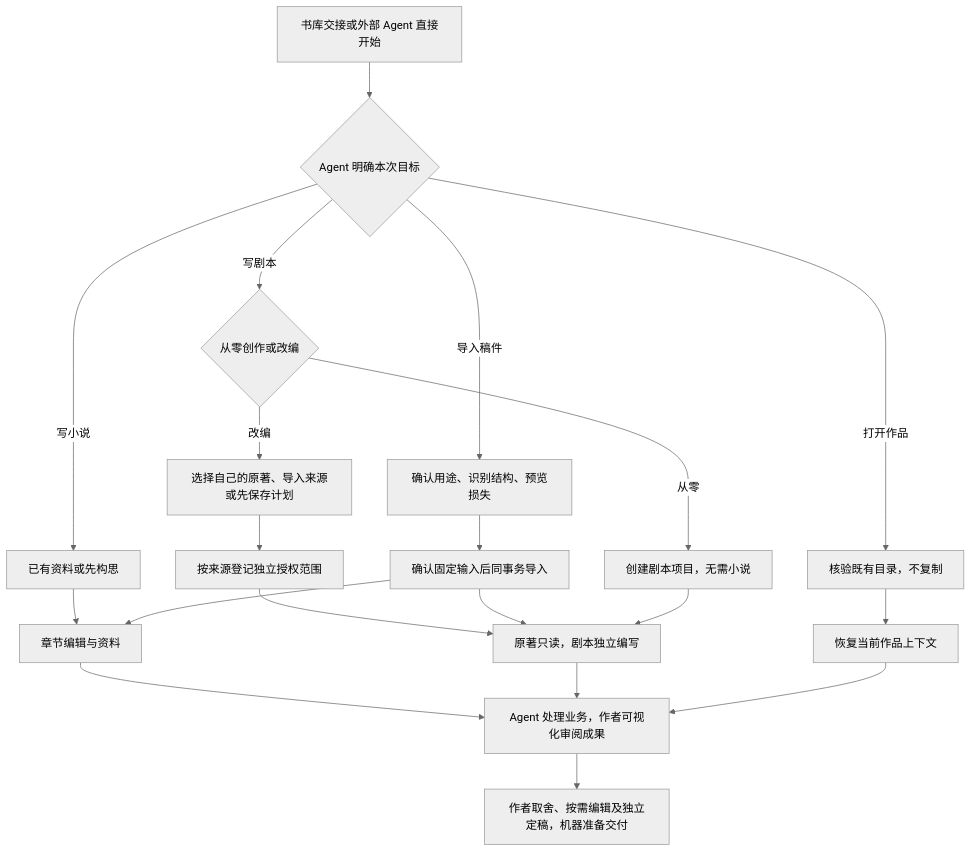
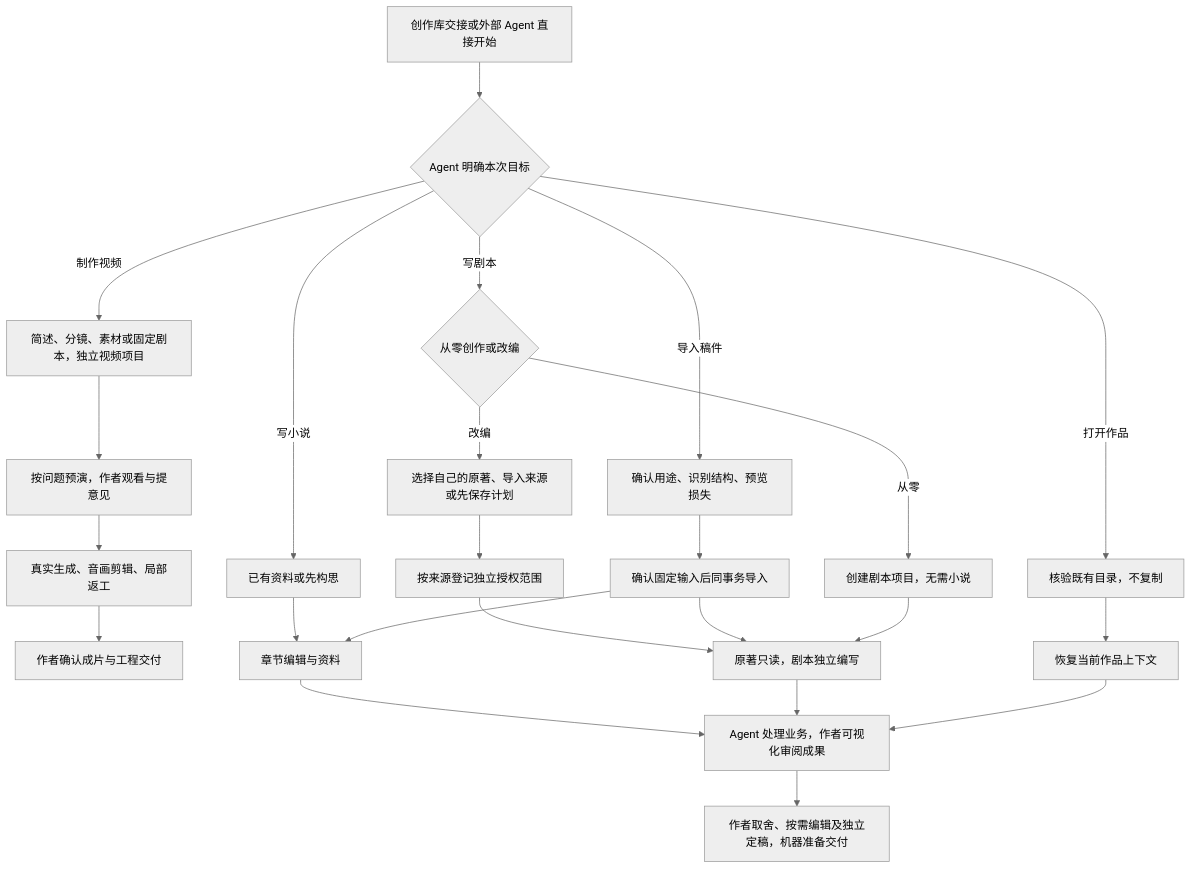
Before and after one commit to limecloud/hetu: the diagram in docs/36-创作场景与引导流程.md, drawn with Mermaid (neutral theme). The commit also changed other lines of this file and 798 other files, not shown here.

````diff
--- a/docs/36-创作场景与引导流程.md
+++ b/docs/36-创作场景与引导流程.md
@@ -157,22 +162,26 @@
 ```mermaid
 flowchart TD
-    start["书库交接或外部 Agent 直接开始"] --> intent{"Agent 明确本次目标"}
+    start["创作库交接或外部 Agent 直接开始"] --> intent{"Agent 明确本次目标"}
     intent -->|"写小说"| novel["已有资料或先构思"]
     intent -->|"写剧本"| script{"从零创作或改编"}
+    intent -->|"制作视频"| video["简述、分镜、素材或固定剧本，独立视频项目"]
+    video --> previs["按问题预演，作者观看与提意见"]
+    previs --> render["真实生成、音画剪辑、局部返工"]
+    render --> delivery["作者确认成片与工程交付"]
     intent -->|"导入稿件"| import["确认用途、识别结构、预览损失"]
     intent -->|"打开作品"| open["核验既有目录，不复制"]
     script -->|"从零"| original["创建剧本项目，无需小说"]
     script -->|"改编"| source["选择自己的原著、导入来源或先保存计划"]
     source --> rights["按来源登记独立授权范围"]
     rights --> write["原著只读，剧本独立编写"]
     novel --> writing["章节编辑与资料"]
     import --> preview["确认固定输入后同事务导入"]
     preview --> writing
     preview --> write
     original --> write
     open --> work["恢复当前作品上下文"]
     writing --> optional["Agent 处理业务，作者可视化审阅成果"]
     write --> optional
     work --> optional
     optional --> final["作者取舍、按需编辑及独立定稿，机器准备交付"]
 ```
````
